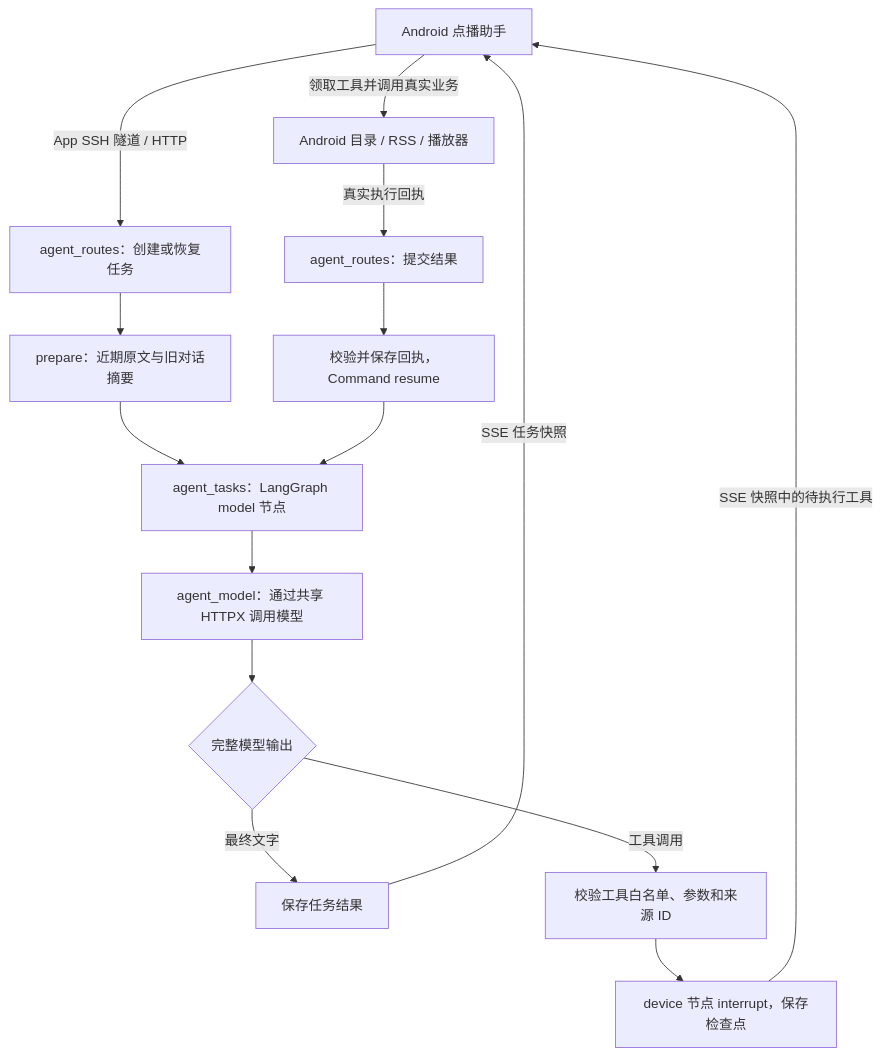
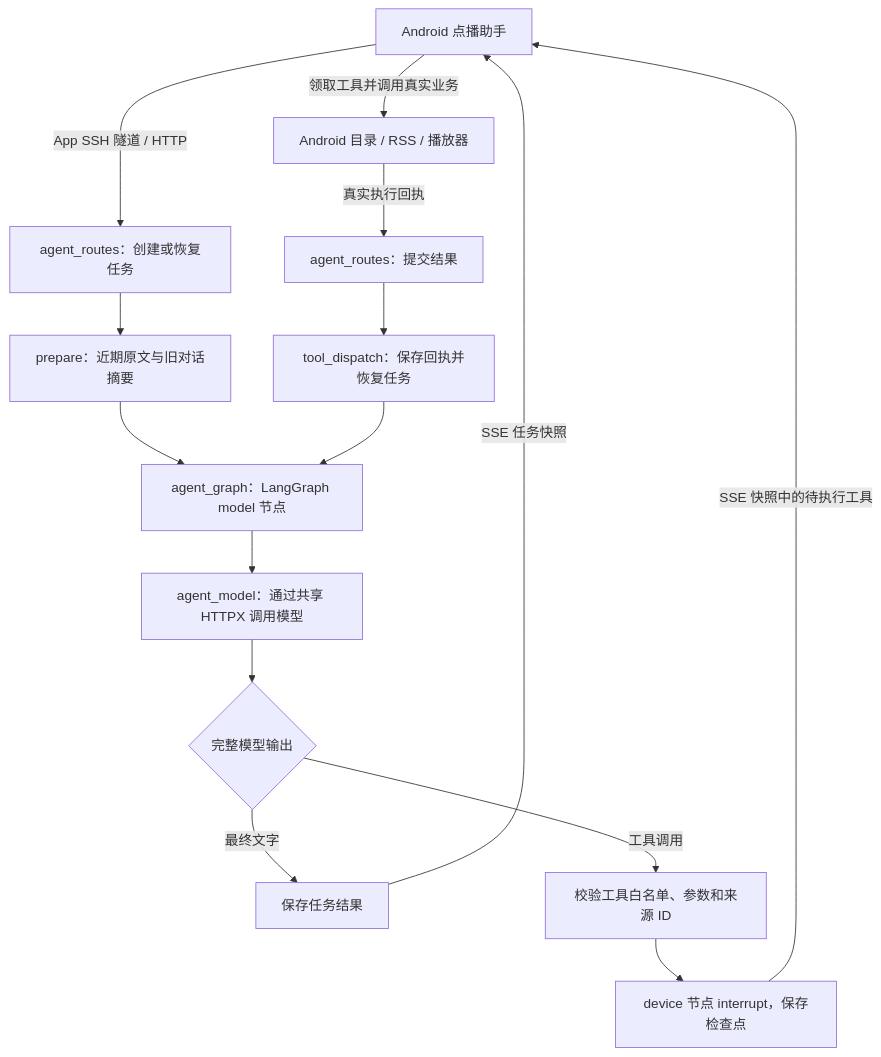
The diagram in README.md (bililateral/MaoerLite), drawn with Mermaid before and after one commit. The commit also changed other lines of this file, not shown here.

````diff
--- a/README.md
+++ b/README.md
@@ -306,17 +337,17 @@
 ```mermaid
 flowchart TD
     A[Android 点播助手] -->|App SSH 隧道 / HTTP| B[agent_routes：创建或恢复任务]
     B --> P[prepare：近期原文与旧对话摘要]
-    P --> C[agent_tasks：LangGraph model 节点]
+    P --> C[agent_graph：LangGraph model 节点]
     C --> D[agent_model：通过共享 HTTPX 调用模型]
     D --> E{完整模型输出}
     E -->|最终文字| F[保存任务结果]
     E -->|工具调用| G[校验工具白名单、参数和来源 ID]
     G --> H[device 节点 interrupt，保存检查点]
     H -->|SSE 快照中的待执行工具| A
     A -->|领取工具并调用真实业务| I[Android 目录 / RSS / 播放器]
     I -->|真实执行回执| J[agent_routes：提交结果]
-    J --> K[校验并保存回执，Command resume]
+    J --> K[tool_dispatch：保存回执并恢复任务]
     K --> C
     F -->|SSE 任务快照| A
 ```
````
